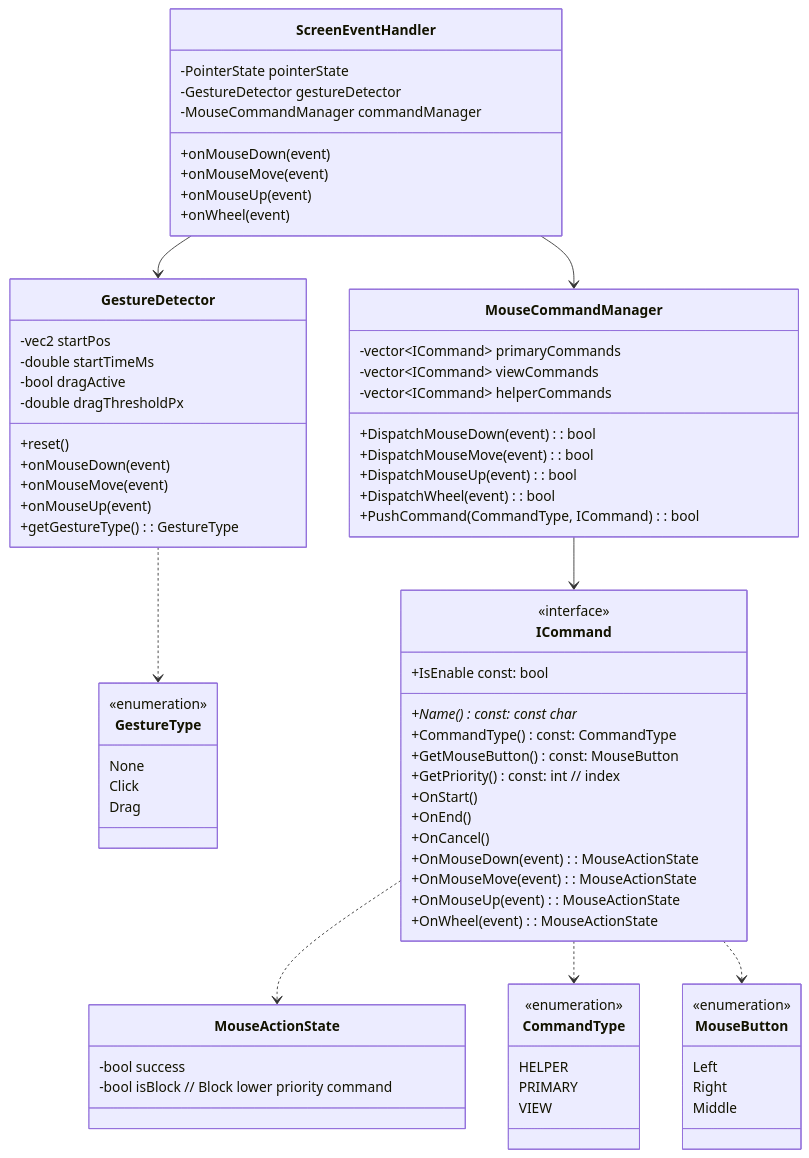
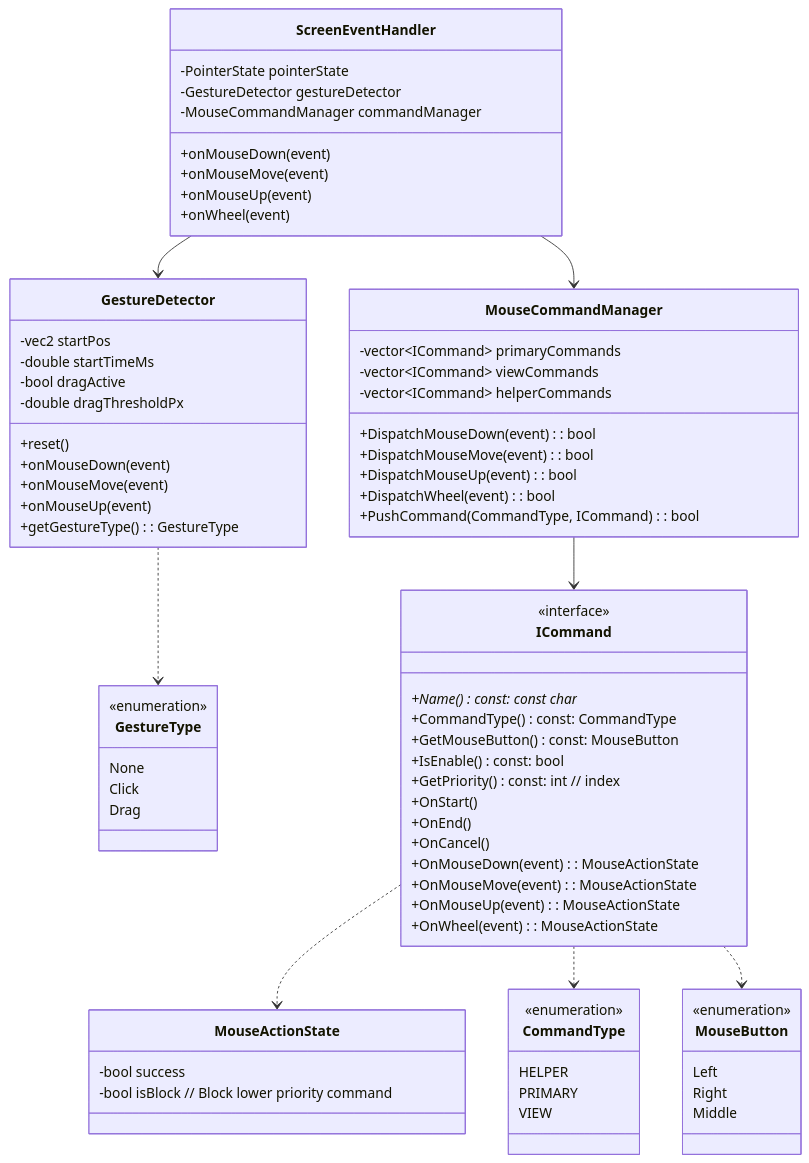
The first of 3 diagrams in GraphV6.md (vfa-khaidt1/vfa-cdn), drawn with Mermaid before and after one commit.

```diff
--- a/GraphV6.md
+++ b/GraphV6.md
@@ -53,7 +53,7 @@
         +Name() const: const char*
         +CommandType() const: CommandType
         +GetMouseButton() const: MouseButton
-        +IsEnable const: bool
+        +IsEnable() const: bool
         +GetPriority() const: int // index
         +OnStart()
         +OnEnd()
```
